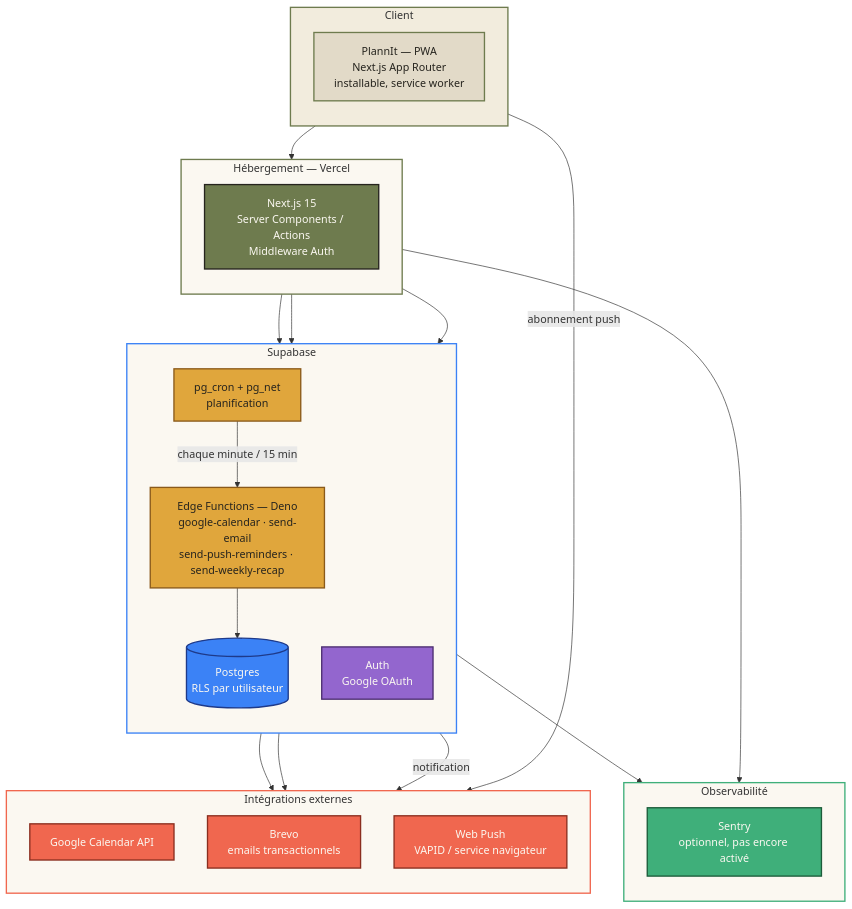
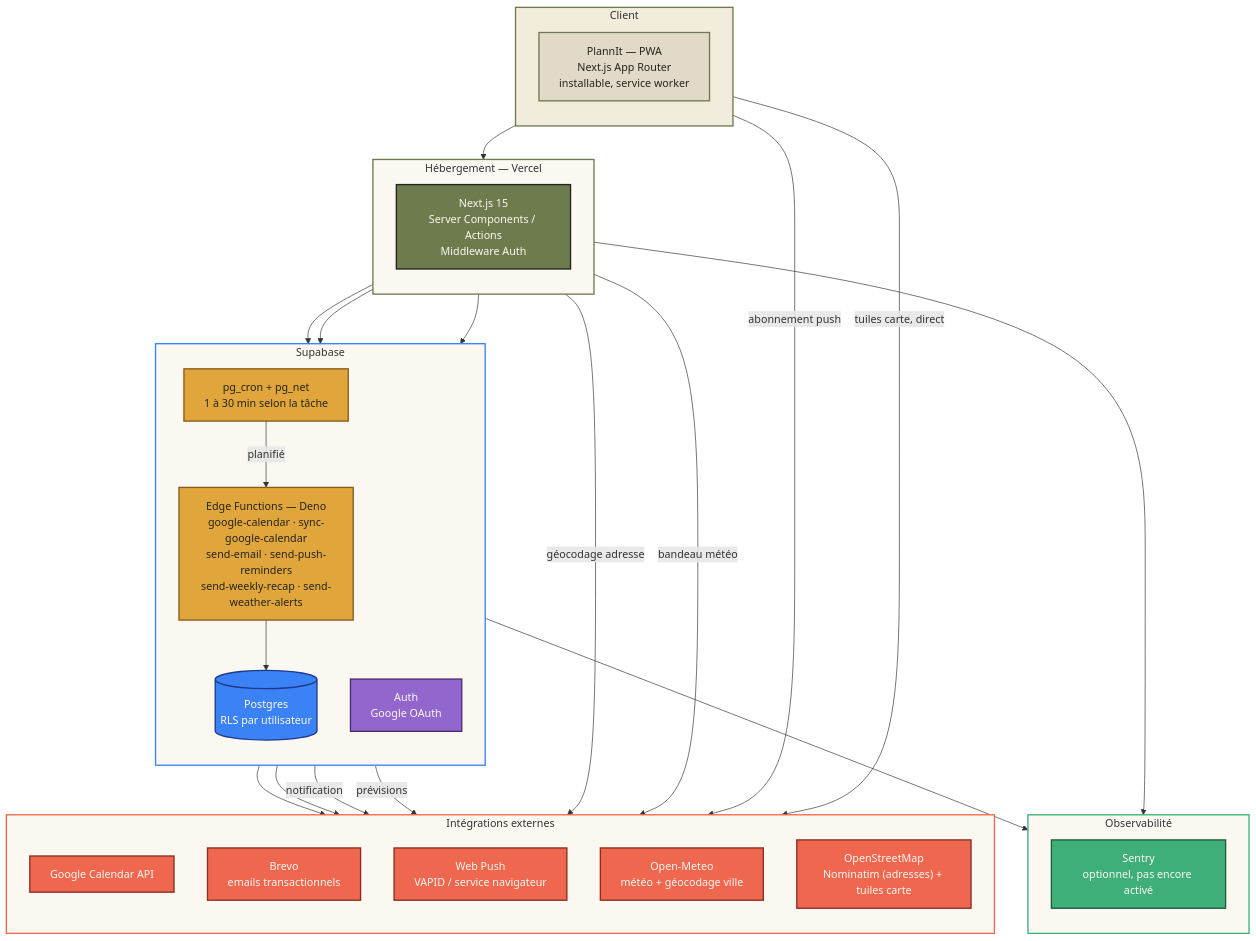
The diagram in README.md (IrALm/plannIt), drawn with Mermaid before and after one commit. The commit also changed other lines of this file, not shown here.

````diff
--- a/README.md
+++ b/README.md
@@ -48,64 +31,70 @@
 ```mermaid
 graph TD
     classDef clientLayer fill:#F2ECDD,stroke:#6E7B4E,stroke-width:2px;
     classDef hostLayer fill:#FBF8F1,stroke:#6E7B4E,stroke-width:2px;
     classDef dataLayer fill:#FBF8F1,stroke:#3B82F6,stroke-width:2px;
     classDef externalLayer fill:#FBF8F1,stroke:#F0674F,stroke-width:2px;
     classDef monitorLayer fill:#FBF8F1,stroke:#3FAF7A,stroke-width:2px;
 
     classDef clientNode fill:#E2DAC8,stroke:#6E7B4E,color:#26241E,stroke-width:2px;
     classDef hostNode fill:#6E7B4E,stroke:#26241E,color:#FBF8F1,stroke-width:2px;
     classDef pgNode fill:#3B82F6,stroke:#1E3A8A,color:#FBF8F1,stroke-width:2px;
     classDef authNode fill:#9366CE,stroke:#4C2E70,color:#FBF8F1,stroke-width:2px;
     classDef edgeNode fill:#E0A63C,stroke:#8A5A1A,color:#26241E,stroke-width:2px;
     classDef externalNode fill:#F0674F,stroke:#8A2E1F,color:#FBF8F1,stroke-width:2px;
     classDef monitorNode fill:#3FAF7A,stroke:#1C5C3A,color:#FBF8F1,stroke-width:2px;
 
     subgraph Client["Client"]
         direction TB
         PWA["PlannIt — PWA<br/>Next.js App Router<br/>installable, service worker"]:::clientNode
     end
     class Client clientLayer
 
     subgraph Hosting["Hébergement — Vercel"]
         direction TB
         Vercel["Next.js 15<br/>Server Components / Actions<br/>Middleware Auth"]:::hostNode
     end
     class Hosting hostLayer
 
     subgraph Backend["Supabase"]
         direction TB
         Postgres[("Postgres<br/>RLS par utilisateur")]:::pgNode
         Auth["Auth<br/>Google OAuth"]:::authNode
-        EdgeFn["Edge Functions — Deno<br/>google-calendar · send-email<br/>send-push-reminders · send-weekly-recap"]:::edgeNode
-        Cron["pg_cron + pg_net<br/>planification"]:::edgeNode
+        EdgeFn["Edge Functions — Deno<br/>google-calendar · sync-google-calendar<br/>send-email · send-push-reminders<br/>send-weekly-recap · send-weather-alerts"]:::edgeNode
+        Cron["pg_cron + pg_net<br/>1 à 30 min selon la tâche"]:::edgeNode
     end
     class Backend dataLayer
 
     subgraph External["Intégrations externes"]
         direction TB
         GoogleCal["Google Calendar API"]:::externalNode
         Brevo["Brevo<br/>emails transactionnels"]:::externalNode
         WebPush["Web Push<br/>VAPID / service navigateur"]:::externalNode
+        OpenMeteo["Open-Meteo<br/>météo + géocodage ville"]:::externalNode
+        OSM["OpenStreetMap<br/>Nominatim (adresses) + tuiles carte"]:::externalNode
     end
     class External externalLayer
 
     subgraph Monitor["Observabilité"]
         direction TB
         Sentry["Sentry<br/>optionnel, pas encore activé"]:::monitorNode
     end
     class Monitor monitorLayer
 
     PWA --> Vercel
     PWA -->|abonnement push| WebPush
+    PWA -->|tuiles carte, direct| OSM
     Vercel --> Postgres
     Vercel --> Auth
     Vercel --> EdgeFn
-    Cron -->|chaque minute / 15 min| EdgeFn
+    Vercel -->|géocodage adresse| OSM
+    Vercel -->|bandeau météo| OpenMeteo
+    Cron -->|planifié| EdgeFn
     EdgeFn --> Postgres
     EdgeFn --> GoogleCal
     EdgeFn --> Brevo
     EdgeFn -->|notification| WebPush
+    EdgeFn -->|prévisions| OpenMeteo
     Vercel --> Sentry
     EdgeFn --> Sentry
 ```
````
